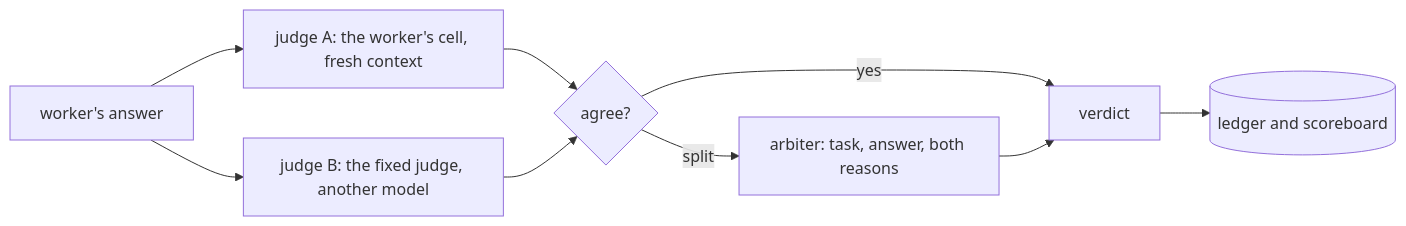
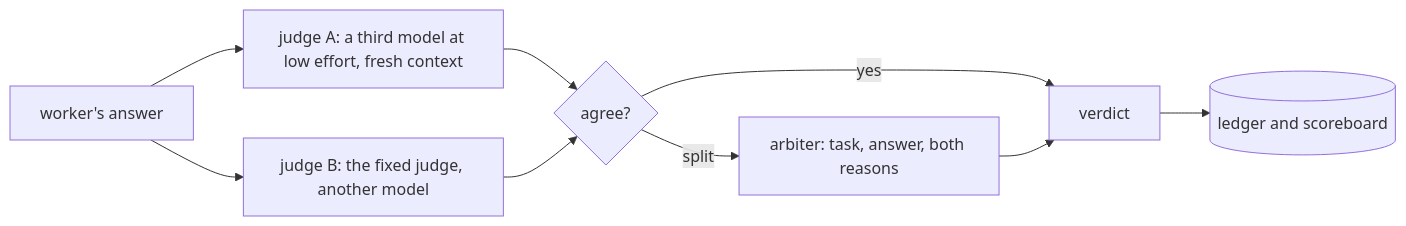
One commit to dcamunas/model-router changed the second of 2 diagrams in README.md. Above: the diagram before and after it, drawn with Mermaid. The commit also changed other lines of this file and 11 other files, not shown here.

First line of the commit message:
Light verification on an independent model, never the worker's own cell

````diff
--- a/README.md
+++ b/README.md
@@ -306,10 +307,10 @@
 ```mermaid
 flowchart LR
-  W[worker's answer] --> A[judge A: the worker's cell, fresh context]
+  W[worker's answer] --> A[judge A: a third model at low effort, fresh context]
   W --> B[judge B: the fixed judge, another model]
   A & B --> D{agree?}
   D -- yes --> V[verdict]
   D -- split --> R[arbiter: task, answer, both reasons]
   R --> V
   V --> S[(ledger and scoreboard)]
 ```
````
